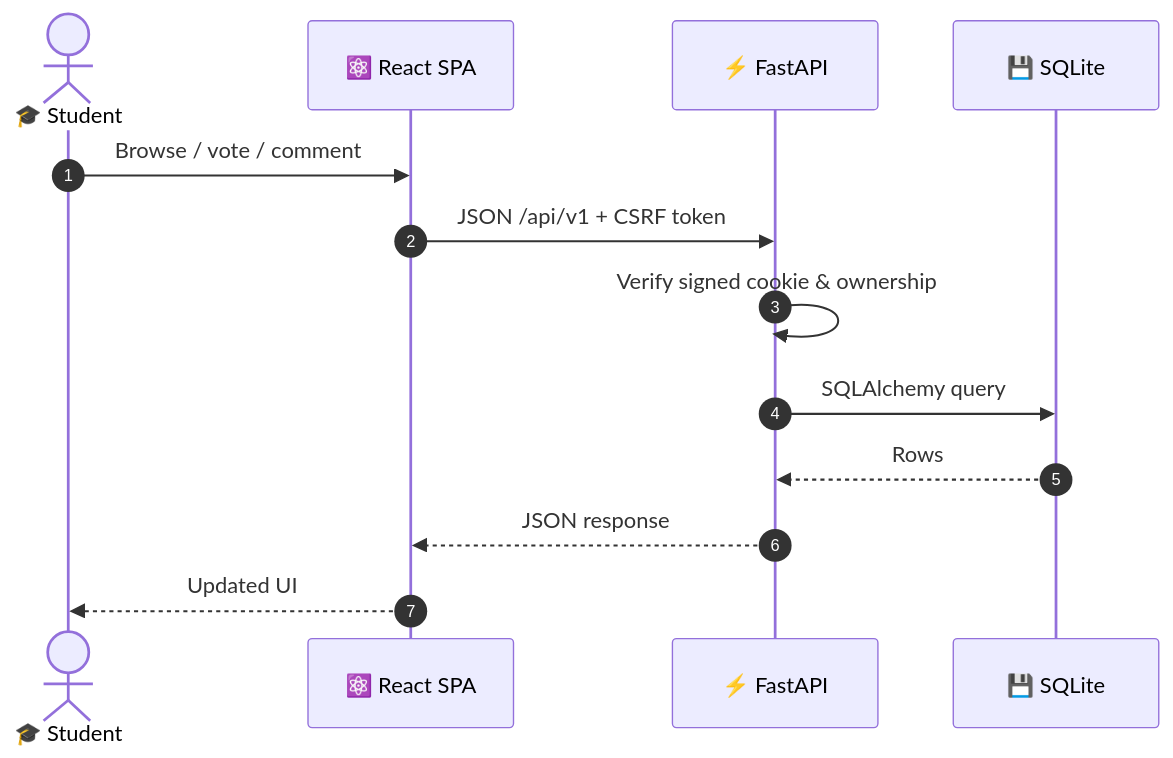
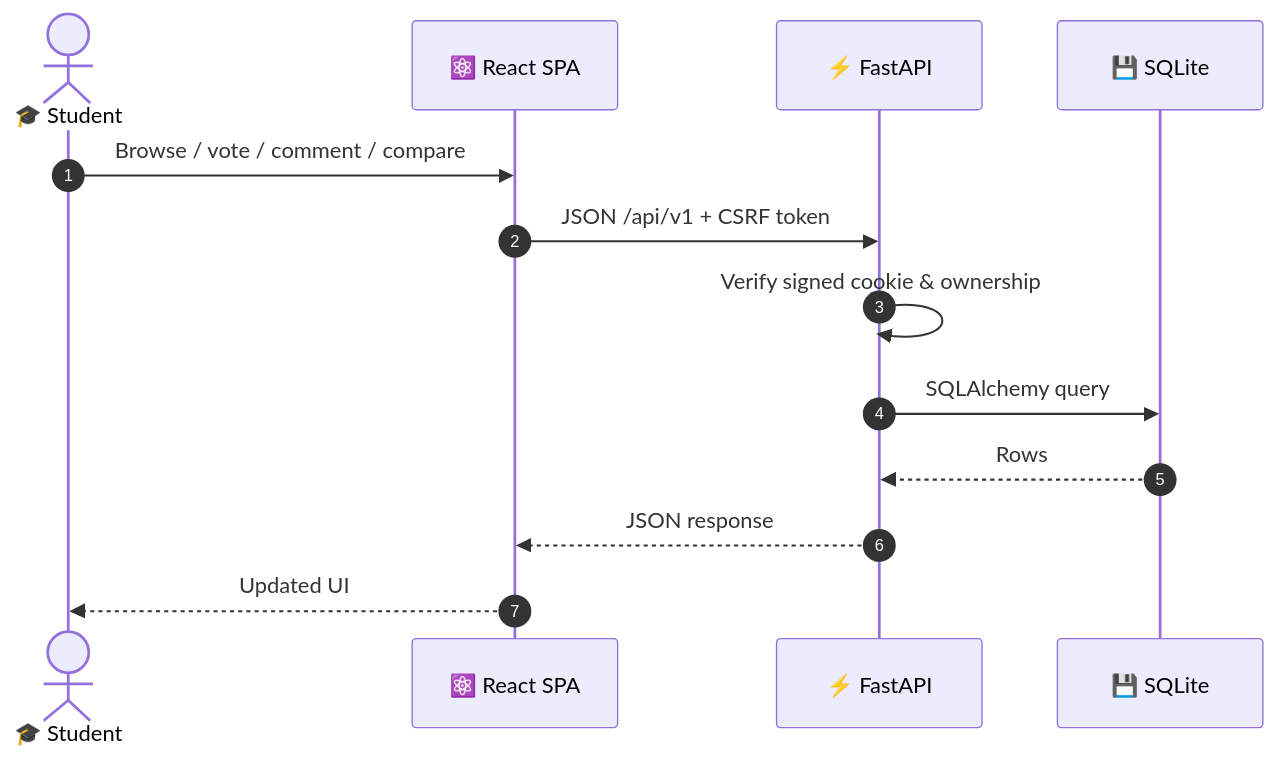
Before and after one commit to Dhruvi-tech/Student-Project-Showcase-and-Gallery: the second of 3 diagrams in README.md, drawn with Mermaid. The commit also changed other lines of this file and 1 other file, not shown here.

````diff
--- a/README.md
+++ b/README.md
@@ -148,15 +170,15 @@
 ```mermaid
 sequenceDiagram
     autonumber
     actor S as 🎓 Student
     participant R as ⚛️ React SPA
     participant F as ⚡ FastAPI
     participant D as 💾 SQLite
-    S->>R: Browse / vote / comment
+    S->>R: Browse / vote / comment / compare
     R->>F: JSON /api/v1 + CSRF token
     F->>F: Verify signed cookie & ownership
     F->>D: SQLAlchemy query
     D-->>F: Rows
     F-->>R: JSON response
     R-->>S: Updated UI
 ```
````
